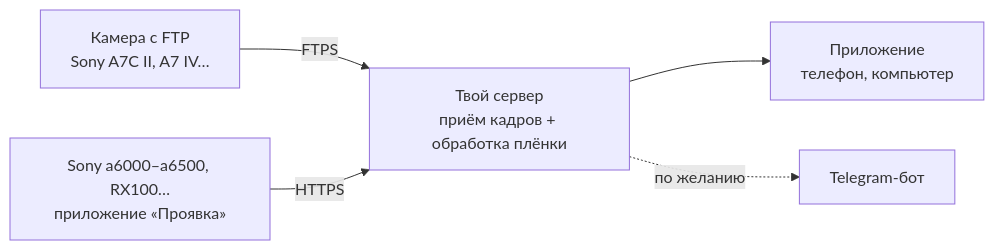
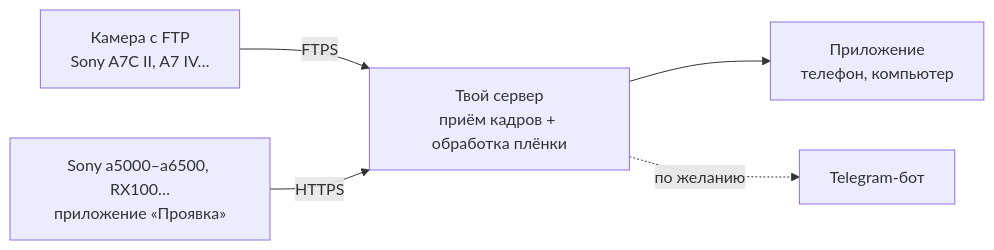
One commit to Melnikoff07/proyavka changed the diagram in README.ru.md. Above: the diagram before and after it, drawn with Mermaid. The commit also changed other lines of this file and 3 other files, not shown here.

````diff
--- a/README.ru.md
+++ b/README.ru.md
@@ -27,7 +27,7 @@
 ```mermaid
 flowchart LR
     A[Камера с FTP<br>Sony A7C II, A7 IV…] -- FTPS --> S
-    B[Sony a6000–a6500, RX100…<br>приложение «Проявка»] -- HTTPS --> S
+    B[Sony a5000–a6500, RX100…<br>приложение «Проявка»] -- HTTPS --> S
     S[Твой сервер<br>приём кадров + обработка плёнки] --> W[Приложение<br>телефон, компьютер]
     S -. по желанию .-> T[Telegram-бот]
 ```
````
